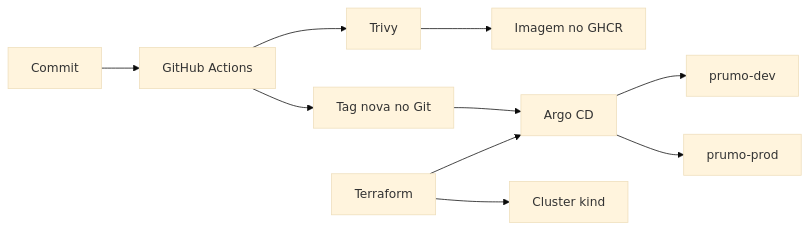
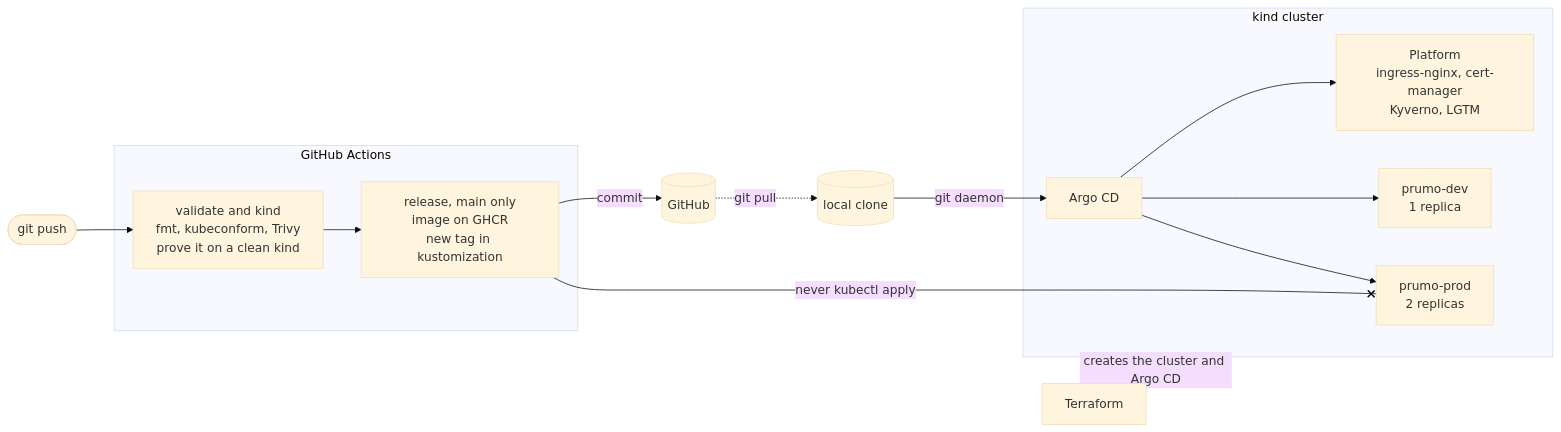
The diagram in README.md (WhiteArct1c/prumo), drawn with Mermaid (base theme) before and after one commit. The commit also changed other lines of this file, not shown here.

````diff
--- a/README.md
+++ b/README.md
@@ -7,12 +14,28 @@
 ```mermaid
 flowchart LR
-  commit[Commit] --> ci[GitHub Actions]
-  ci --> scan[Trivy]
-  scan --> ghcr[Imagem no GHCR]
-  ci --> git[Tag nova no Git]
-  git --> argo[Argo CD]
-  tf[Terraform] --> cluster[Cluster kind]
-  tf --> argo
-  argo --> dev[prumo-dev]
-  argo --> prod[prumo-prod]
+  push([git push]) --> ci
+
+  subgraph gha["GitHub Actions"]
+    ci["validate and kind<br/>fmt, kubeconform, Trivy<br/>prove it on a clean kind"]
+    rel["release, main only<br/>image on GHCR<br/>new tag in kustomization"]
+    ci --> rel
+  end
+
+  rel -- commit --> gh[("GitHub")]
+  gh -. git pull .-> git[("local clone")]
+  rel --x|never kubectl apply| prod
+
+  subgraph kind["kind cluster"]
+    argo["Argo CD"]
+    plat["Platform<br/>ingress-nginx, cert-manager<br/>Kyverno, LGTM"]
+    dev["prumo-dev<br/>1 replica"]
+    prod["prumo-prod<br/>2 replicas"]
+  end
+
+  tf["Terraform"] -. creates the cluster and Argo CD .-> kind
+
+  git -- git daemon --> argo
+  argo --> plat
+  argo --> dev
+  argo --> prod
 ```
````
